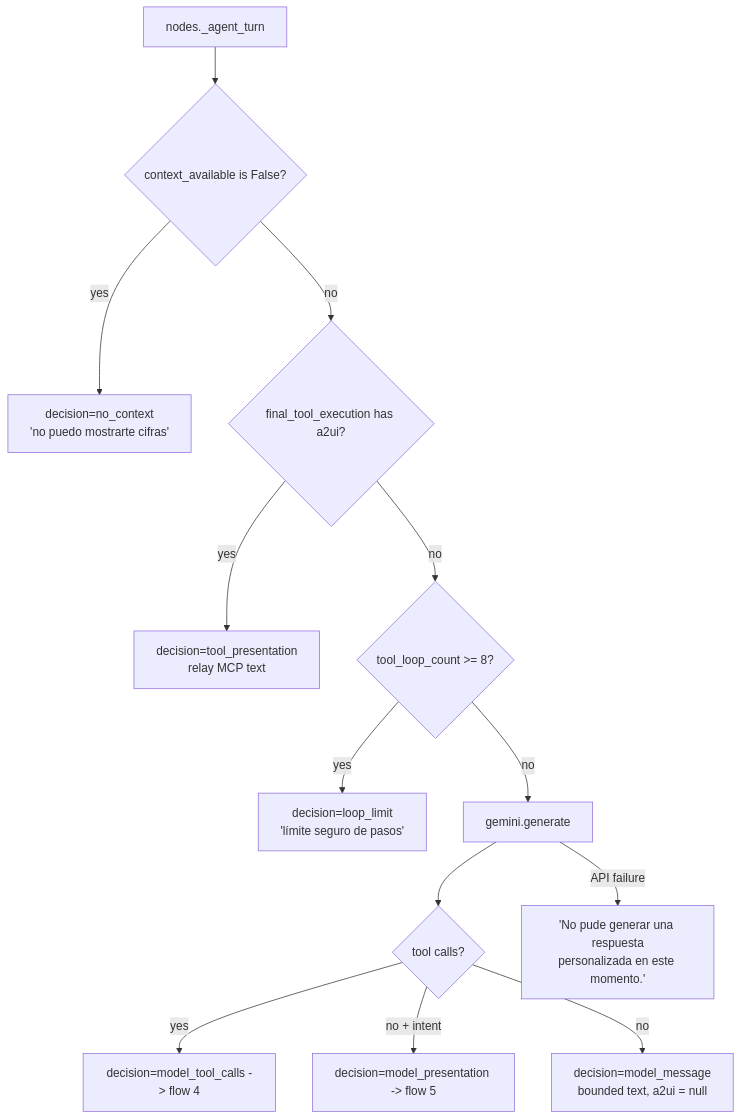
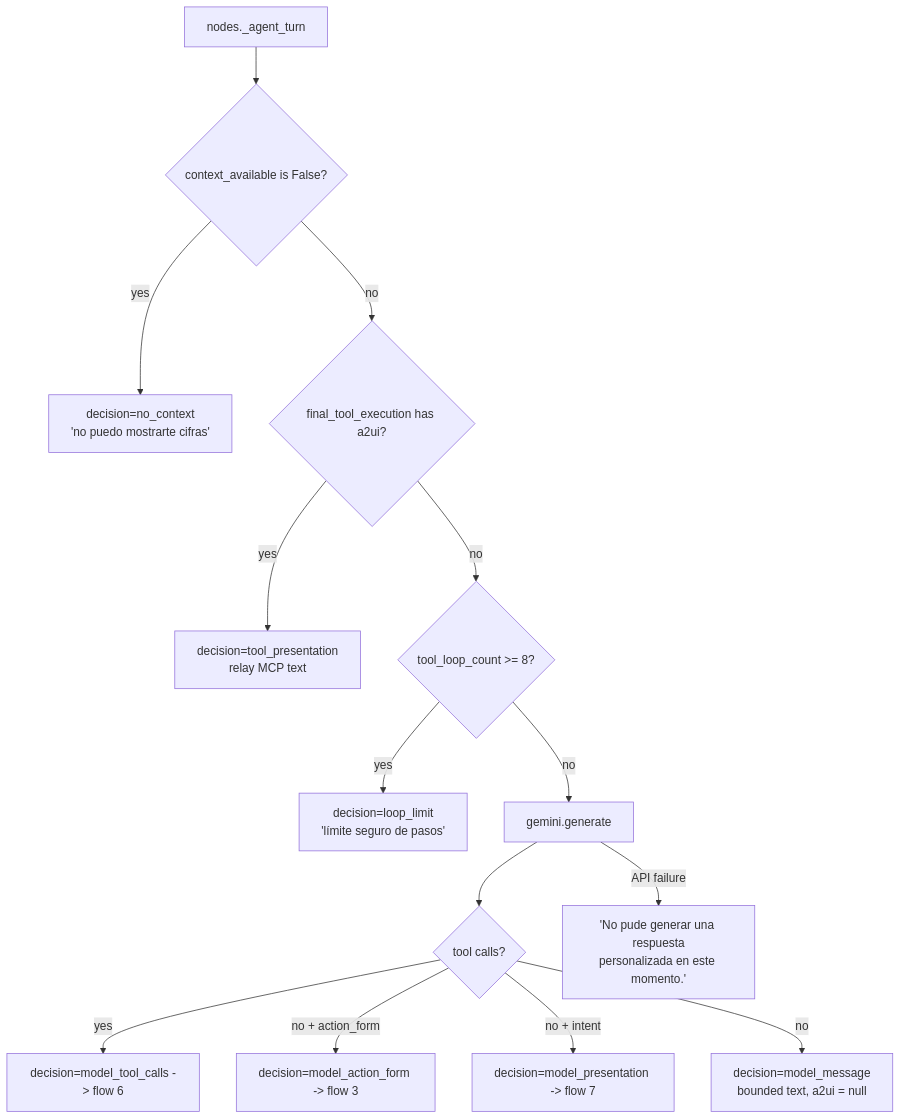
Before and after one commit to JpAboytes/hackmty2026-agent: diagram 11 of 11 in docs/FLOWS.md, drawn with Mermaid. The commit also changed other lines of this file and 30 other files, not shown here.

First line of the commit message:
feat(agent): agentic graph, lifecycle events, model-selected actions

````diff
--- a/docs/FLOWS.md
+++ b/docs/FLOWS.md
@@ -297,15 +466,16 @@
 ```mermaid
 flowchart TD
   A[nodes._agent_turn] --> B{context_available is False?}
   B -->|yes| C["decision=no_context<br/>'no puedo mostrarte cifras'"]
   B -->|no| D{final_tool_execution has a2ui?}
   D -->|yes| E[decision=tool_presentation<br/>relay MCP text]
   D -->|no| F{tool_loop_count >= 8?}
   F -->|yes| G[decision=loop_limit<br/>'límite seguro de pasos']
   F -->|no| H[gemini.generate]
   H --> I{tool calls?}
-  I -->|yes| J[decision=model_tool_calls -> flow 4]
-  I -->|no + intent| K[decision=model_presentation -> flow 5]
-  I -->|no| L[decision=model_message<br/>bounded text, a2ui = null]
-  H -->|API failure| M["'No pude generar una respuesta<br/>personalizada en este momento.'"]
+  I -->|yes| J[decision=model_tool_calls -> flow 6]
+  I -->|no + action_form| K[decision=model_action_form -> flow 3]
+  I -->|no + intent| L[decision=model_presentation -> flow 7]
+  I -->|no| M[decision=model_message<br/>bounded text, a2ui = null]
+  H -->|API failure| N["'No pude generar una respuesta<br/>personalizada en este momento.'"]
 ```
````
